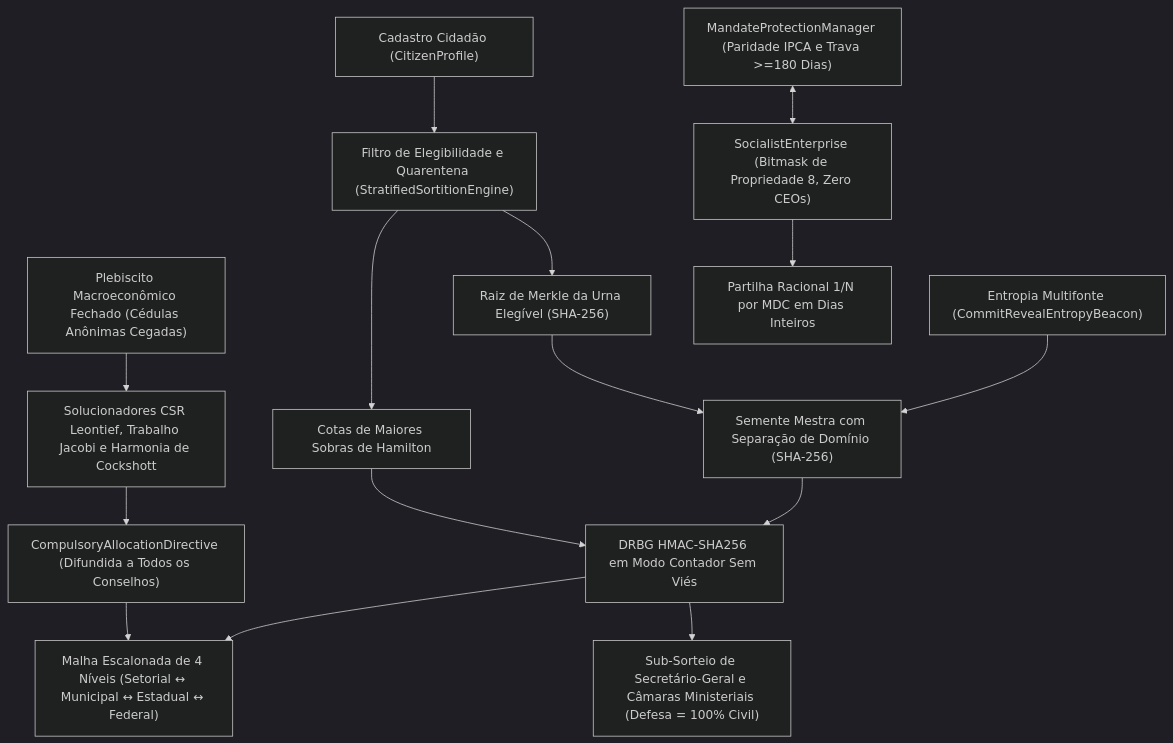
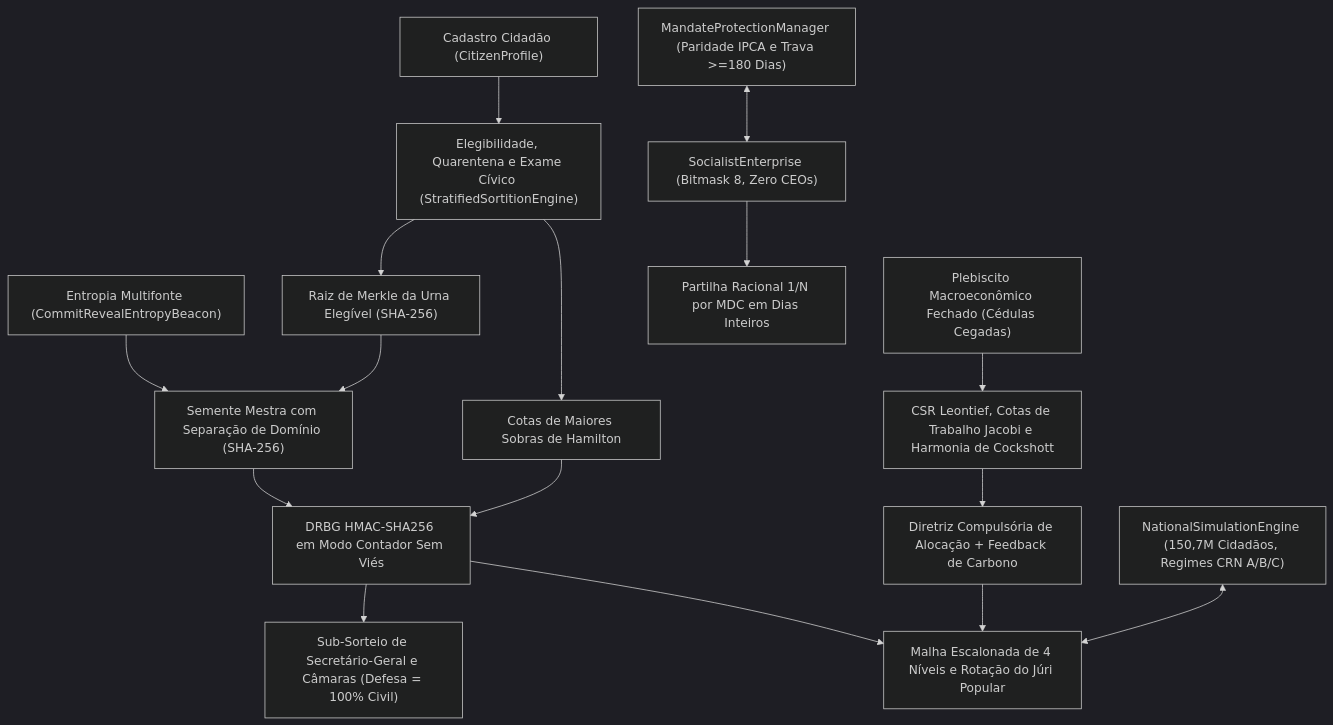
One commit to PJ-Oliveira/cibersoc changed the diagram in docs/pt/04_MECANICA_SUBJACENTE_UNDER_THE_HOOD.md. Above: the diagram before and after it, drawn with Mermaid (dark theme). The commit also changed other lines of this file and 66 other files, not shown here.

````diff
--- a/docs/pt/04_MECANICA_SUBJACENTE_UNDER_THE_HOOD.md
+++ b/docs/pt/04_MECANICA_SUBJACENTE_UNDER_THE_HOOD.md
@@ -5,17 +5,18 @@
 ```mermaid
 flowchart TD
-    Pop["Cadastro Cidadão (CitizenProfile)"] --> Elig["Filtro de Elegibilidade e Quarentena (StratifiedSortitionEngine)"]
+    Pop["Cadastro Cidadão (CitizenProfile)"] --> Elig["Elegibilidade, Quarentena e Exame Cívico (StratifiedSortitionEngine)"]
     Beacon["Entropia Multifonte (CommitRevealEntropyBeacon)"] --> Seed["Semente Mestra com Separação de Domínio (SHA-256)"]
     Elig --> Merkle["Raiz de Merkle da Urna Elegível (SHA-256)"]
     Merkle --> Seed
     Seed --> DRBG["DRBG HMAC-SHA256 em Modo Contador Sem Viés"]
     Elig --> Hamilton["Cotas de Maiores Sobras de Hamilton"]
     Hamilton --> DRBG
-    DRBG --> Mesh["Malha Escalonada de 4 Níveis (Setorial ↔ Municipal ↔ Estadual ↔ Federal)"]
-    DRBG --> Roles["Sub-Sorteio de Secretário-Geral e Câmaras Ministeriais (Defesa = 100% Civil)"]
-    Pleb["Plebiscito Macroeconômico Fechado (Cédulas Anônimas Cegadas)"] --> CSR["Solucionadores CSR Leontief, Trabalho Jacobi e Harmonia de Cockshott"]
-    CSR --> Directive["CompulsoryAllocationDirective (Difundida a Todos os Conselhos)"]
+    DRBG --> Mesh["Malha Escalonada de 4 Níveis e Rotação do Júri Popular"]
+    DRBG --> Roles["Sub-Sorteio de Secretário-Geral e Câmaras (Defesa = 100% Civil)"]
+    Pleb["Plebiscito Macroeconômico Fechado (Cédulas Cegadas)"] --> CSR["CSR Leontief, Cotas de Trabalho Jacobi e Harmonia de Cockshott"]
+    CSR --> Directive["Diretriz Compulsória de Alocação + Feedback de Carbono"]
     Directive --> Mesh
-    Ent["SocialistEnterprise (Bitmask de Propriedade 8, Zero CEOs)"] --> GCD["Partilha Racional 1/N por MDC em Dias Inteiros"]
+    Ent["SocialistEnterprise (Bitmask 8, Zero CEOs)"] --> GCD["Partilha Racional 1/N por MDC em Dias Inteiros"]
     Mandate["MandateProtectionManager (Paridade IPCA e Trava >=180 Dias)"] <--> Ent
+    SEEM["NationalSimulationEngine (150,7M Cidadãos, Regimes CRN A/B/C)"] <--> Mesh
 ```
````
